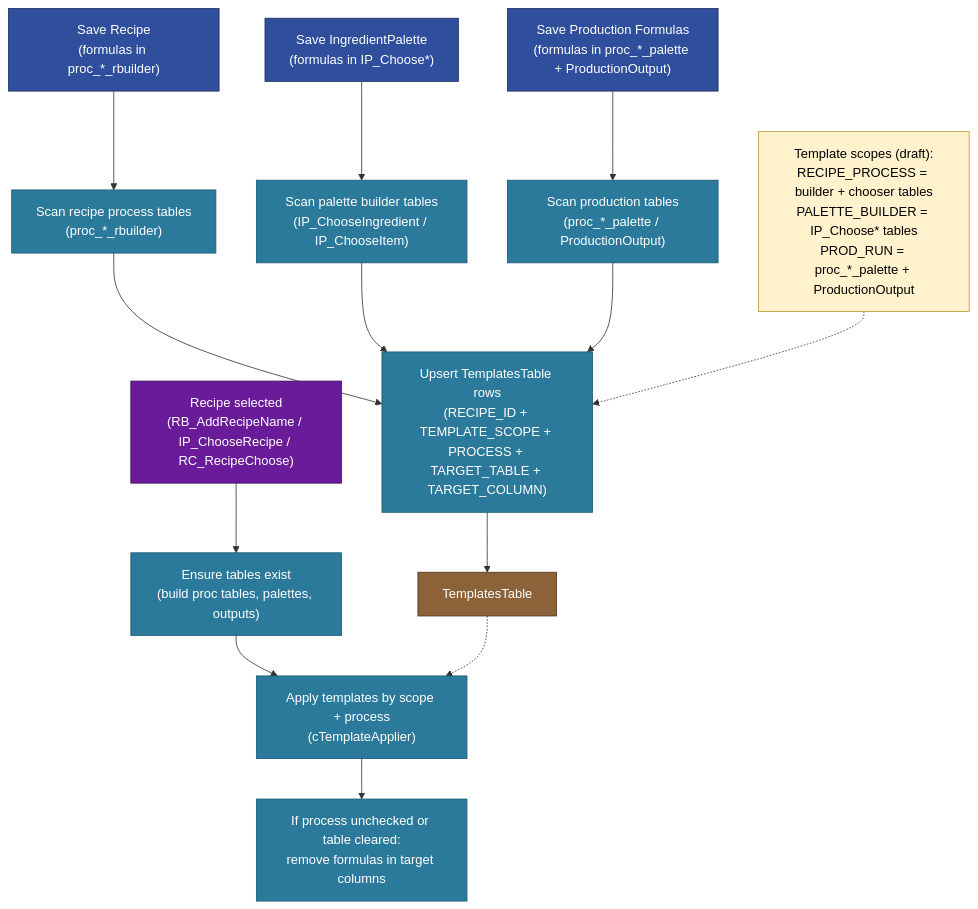
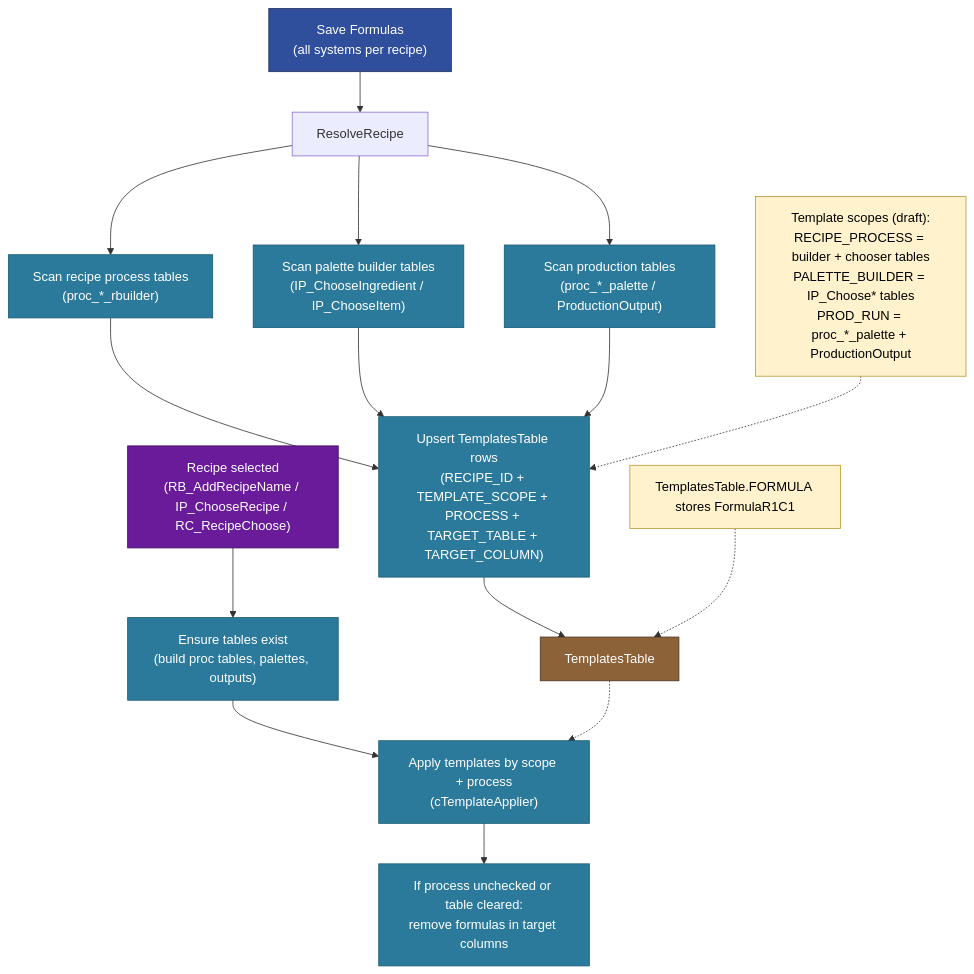
Before and after one commit to justinwj/invSys: the fourth of 4 diagrams in 0 plan docs/ProductionSystem/user_workflow_diagrams.md, drawn with Mermaid. The commit also changed other lines of this file and 3 other files, not shown here.

Commit message:
helper definitions were missing. I re‑added GetOrAddTemplateRow and IsTemplateRowEmpty directly above RegisterRecipeTemplates so VBA sees them at compile time.

````diff
--- a/0 plan docs/ProductionSystem/user_workflow_diagrams.md
+++ b/0 plan docs/ProductionSystem/user_workflow_diagrams.md
@@ -186,34 +187,35 @@
 ```mermaid
 flowchart TD
     classDef btn fill:#2f4e9c,stroke:#1f2f5c,color:#ffffff;
     classDef op fill:#2c7a9b,stroke:#195a73,color:#ffffff;
     classDef data fill:#8c6239,stroke:#4f341f,color:#ffffff;
     classDef event fill:#6a1b9a,stroke:#3f0f5c,color:#ffffff;
     classDef note fill:#fff2cc,stroke:#b99a33,color:#000000;
 
-    SaveRecipe["Save Recipe\n(formulas in proc_*_rbuilder)"]:::btn
-    SavePalette["Save IngredientPalette\n(formulas in IP_Choose*)"]:::btn
-    SaveProd["Save Production Formulas\n(formulas in proc_*_palette + ProductionOutput)"]:::btn
+    SaveAll["Save Formulas\n(all systems per recipe)"]:::btn
 
     ScanRecipe["Scan recipe process tables\n(proc_*_rbuilder)"]:::op
     ScanPalette["Scan palette builder tables\n(IP_ChooseIngredient / IP_ChooseItem)"]:::op
     ScanProd["Scan production tables\n(proc_*_palette / ProductionOutput)"]:::op
 
     UpsertTemplates["Upsert TemplatesTable rows\n(RECIPE_ID + TEMPLATE_SCOPE + PROCESS + TARGET_TABLE + TARGET_COLUMN)"]:::op
     TemplatesTable["TemplatesTable"]:::data
 
     RecipeChosen["Recipe selected\n(RB_AddRecipeName / IP_ChooseRecipe / RC_RecipeChoose)"]:::event
     EnsureTables["Ensure tables exist\n(build proc tables, palettes, outputs)"]:::op
     ApplyTemplates["Apply templates by scope + process\n(cTemplateApplier)"]:::op
     ClearUnchecked["If process unchecked or table cleared:\nremove formulas in target columns"]:::op
 
-    SaveRecipe --> ScanRecipe --> UpsertTemplates --> TemplatesTable
-    SavePalette --> ScanPalette --> UpsertTemplates
-    SaveProd --> ScanProd --> UpsertTemplates
+    SaveAll --> ResolveRecipe --> ScanRecipe --> UpsertTemplates --> TemplatesTable
+    ResolveRecipe --> ScanPalette --> UpsertTemplates
+    ResolveRecipe --> ScanProd --> UpsertTemplates
 
     RecipeChosen --> EnsureTables --> ApplyTemplates --> ClearUnchecked
     TemplatesTable -.-> ApplyTemplates
 
     Note1["Template scopes (draft):\nRECIPE_PROCESS = builder + chooser tables\nPALETTE_BUILDER = IP_Choose* tables\nPROD_RUN = proc_*_palette + ProductionOutput"]:::note
     Note1 -.-> UpsertTemplates
+
+    Note2["TemplatesTable.FORMULA stores FormulaR1C1"]:::note
+    Note2 -.-> TemplatesTable
 ```
````
